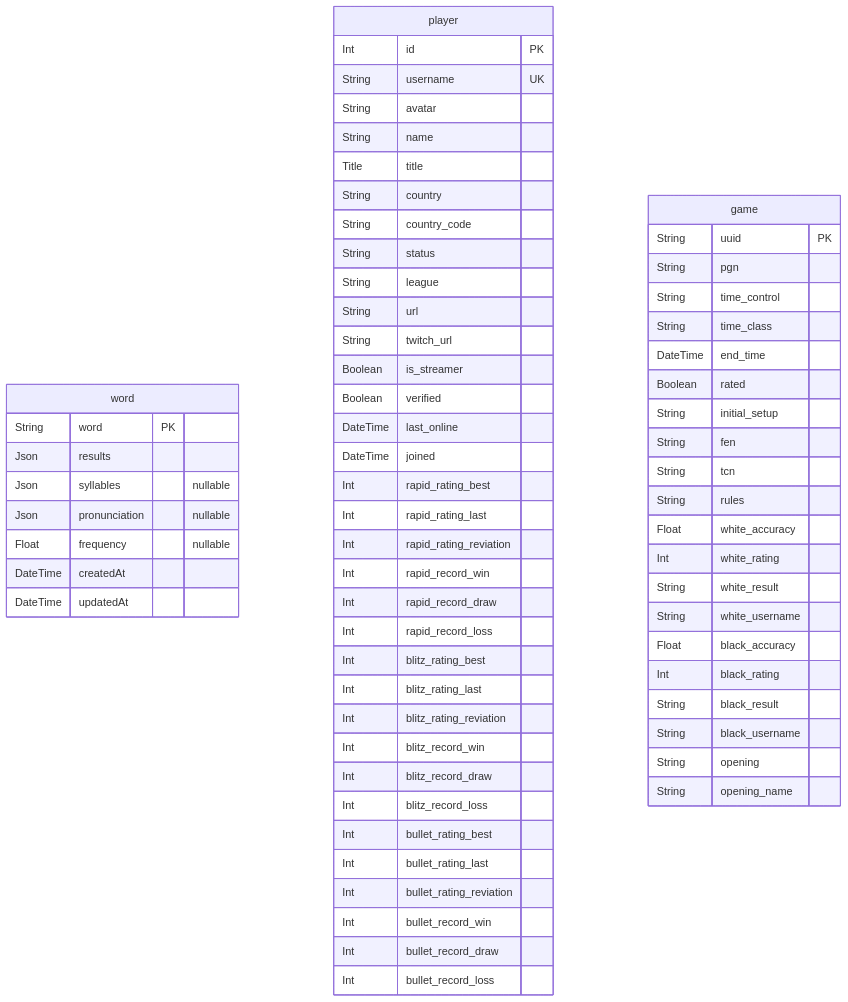
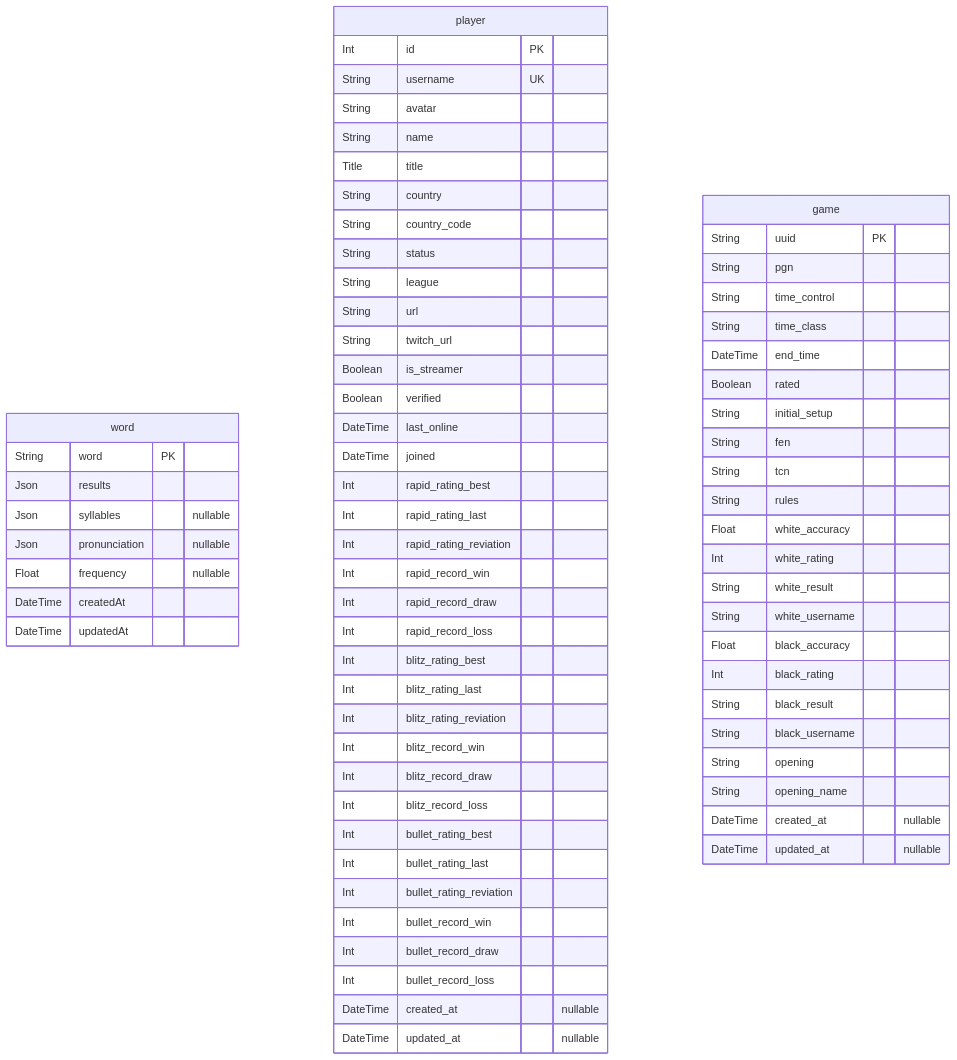
The diagram in typescript/apps/web/prisma/README.md (hieudoanm/hieudoanm.github.io), drawn with Mermaid before and after one commit. The commit also changed other lines of this file and 23 other files, not shown here.

````diff
--- a/typescript/apps/web/prisma/README.md
+++ b/typescript/apps/web/prisma/README.md
@@ -9,69 +9,73 @@
 ```mermaid
 erDiagram
 "word" {
   String word PK
   Json results
   Json syllables "nullable"
   Json pronunciation "nullable"
   Float frequency "nullable"
   DateTime createdAt
   DateTime updatedAt
 }
 "player" {
   Int id PK
   String username UK
   String avatar
   String name
   Title title
   String country
   String country_code
   String status
   String league
   String url
   String twitch_url
   Boolean is_streamer
   Boolean verified
   DateTime last_online
   DateTime joined
   Int rapid_rating_best
   Int rapid_rating_last
   Int rapid_rating_reviation
   Int rapid_record_win
   Int rapid_record_draw
   Int rapid_record_loss
   Int blitz_rating_best
   Int blitz_rating_last
   Int blitz_rating_reviation
   Int blitz_record_win
   Int blitz_record_draw
   Int blitz_record_loss
   Int bullet_rating_best
   Int bullet_rating_last
   Int bullet_rating_reviation
   Int bullet_record_win
   Int bullet_record_draw
   Int bullet_record_loss
+  DateTime created_at "nullable"
+  DateTime updated_at "nullable"
 }
 "game" {
   String uuid PK
   String pgn
   String time_control
   String time_class
   DateTime end_time
   Boolean rated
   String initial_setup
   String fen
   String tcn
   String rules
   Float white_accuracy
   Int white_rating
   String white_result
   String white_username
   Float black_accuracy
   Int black_rating
   String black_result
   String black_username
   String opening
   String opening_name
+  DateTime created_at "nullable"
+  DateTime updated_at "nullable"
 }
 ```
````
